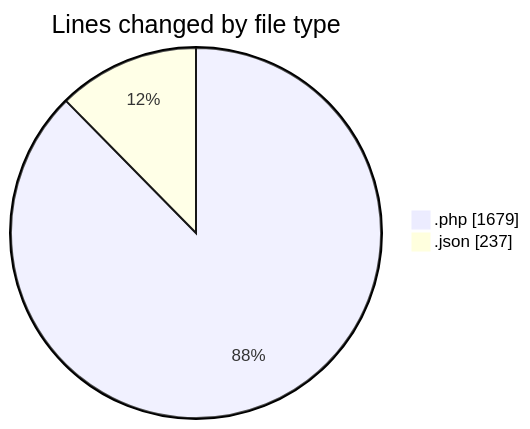
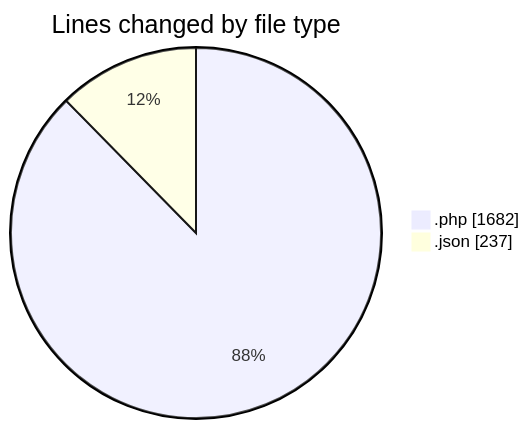
One commit to idhammustaqopulfikri/code-tracking changed the first of 2 diagrams in 2025-05-28/studio-backend/README.md. Above: the diagram before and after it, drawn with Mermaid. The commit also changed other lines of this file and 1 other file, not shown here.

````diff
--- a/2025-05-28/studio-backend/README.md
+++ b/2025-05-28/studio-backend/README.md
@@ -45,6 +45,6 @@
 ```mermaid
 pie showData
 title Lines changed by file type
-".php" : 1679
+".php" : 1682
 ".json" : 237
 ```
````
